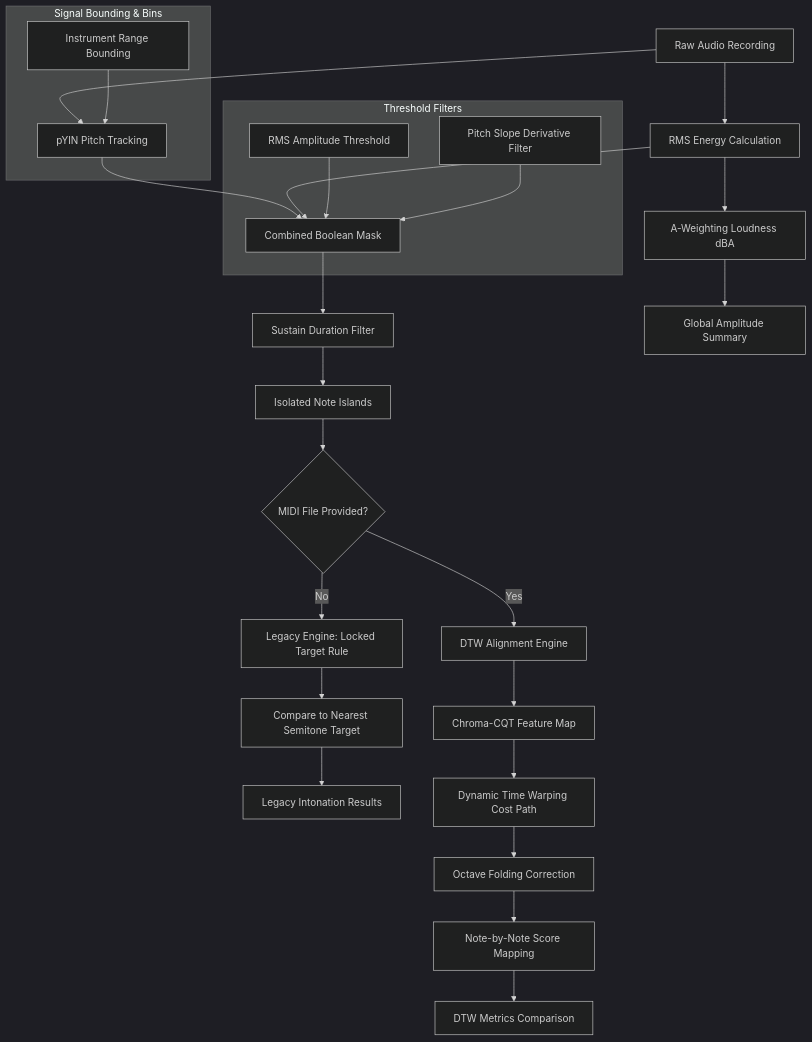
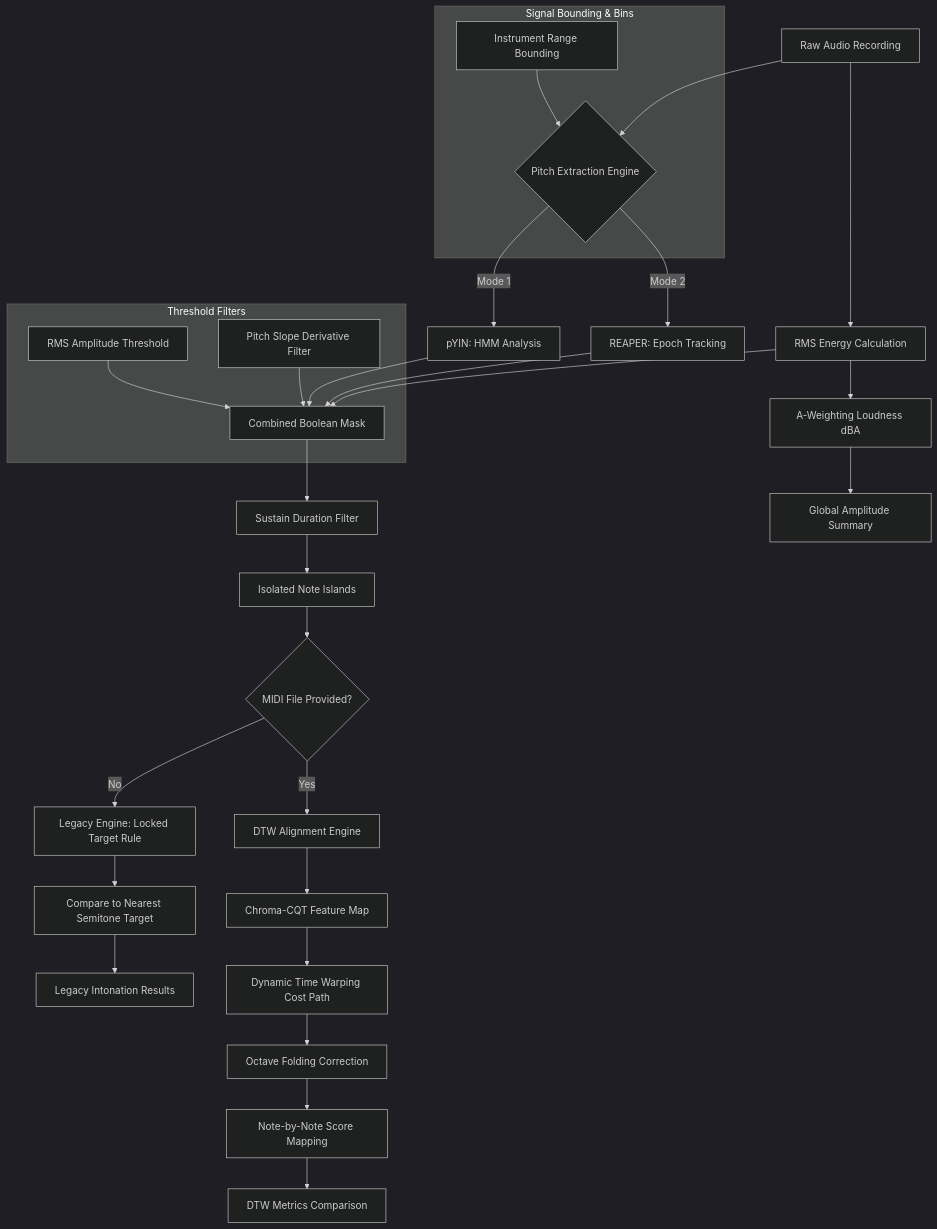
One commit to chungkrc-dot/Hello-Audio changed the first of 2 diagrams in Hello-Audio/docs/technical_manual.md. Above: the diagram before and after it, drawn with Mermaid (dark theme). The commit also changed other lines of this file and 57 other files, not shown here.

````diff
--- a/Hello-Audio/docs/technical_manual.md
+++ b/Hello-Audio/docs/technical_manual.md
@@ -17,36 +17,40 @@
 ```mermaid
 graph TD
-    A[Raw Audio Recording] --> B[pYIN Pitch Tracking]
+    A[Raw Audio Recording] --> B{Pitch Extraction Engine}
+    B -->|Mode 1| B2[pYIN: HMM Analysis]
+    B -->|Mode 2| B3[REAPER: Epoch Tracking]
+    
     A --> C[RMS Energy Calculation]
     
     subgraph Signal Bounding & Bins
         B1[Instrument Range Bounding] --> B
     end
 
-    B --> D[Combined Boolean Mask]
+    B2 --> D[Combined Boolean Mask]
+    B3 --> D
     C --> D
     
     subgraph Threshold Filters
         D1[RMS Amplitude Threshold] --> D
         D2[Pitch Slope Derivative Filter] --> D
     end
     
     D --> E[Sustain Duration Filter]
     E --> F[Isolated Note Islands]
     
     F --> G{MIDI File Provided?}
     
     G -- No --> H[Legacy Engine: Locked Target Rule]
     H --> H1[Compare to Nearest Semitone Target]
     H1 --> K[Legacy Intonation Results]
     
     G -- Yes --> I[DTW Alignment Engine]
     I --> I1[Chroma-CQT Feature Map]
     I1 --> I2[Dynamic Time Warping Cost Path]
     I2 --> J[Octave Folding Correction]
     J --> J1[Note-by-Note Score Mapping]
     J1 --> L[DTW Metrics Comparison]
     
     C --> M[A-Weighting Loudness dBA]
     M --> N[Global Amplitude Summary]
 ```
````
